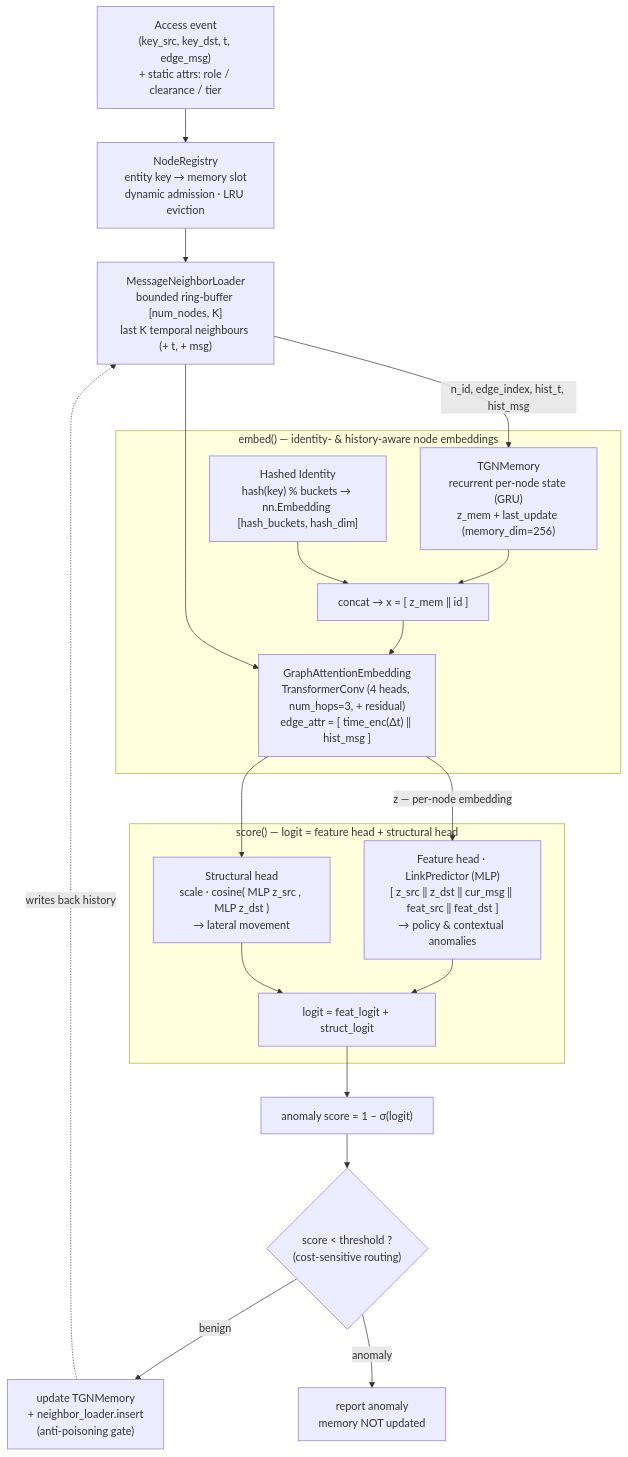
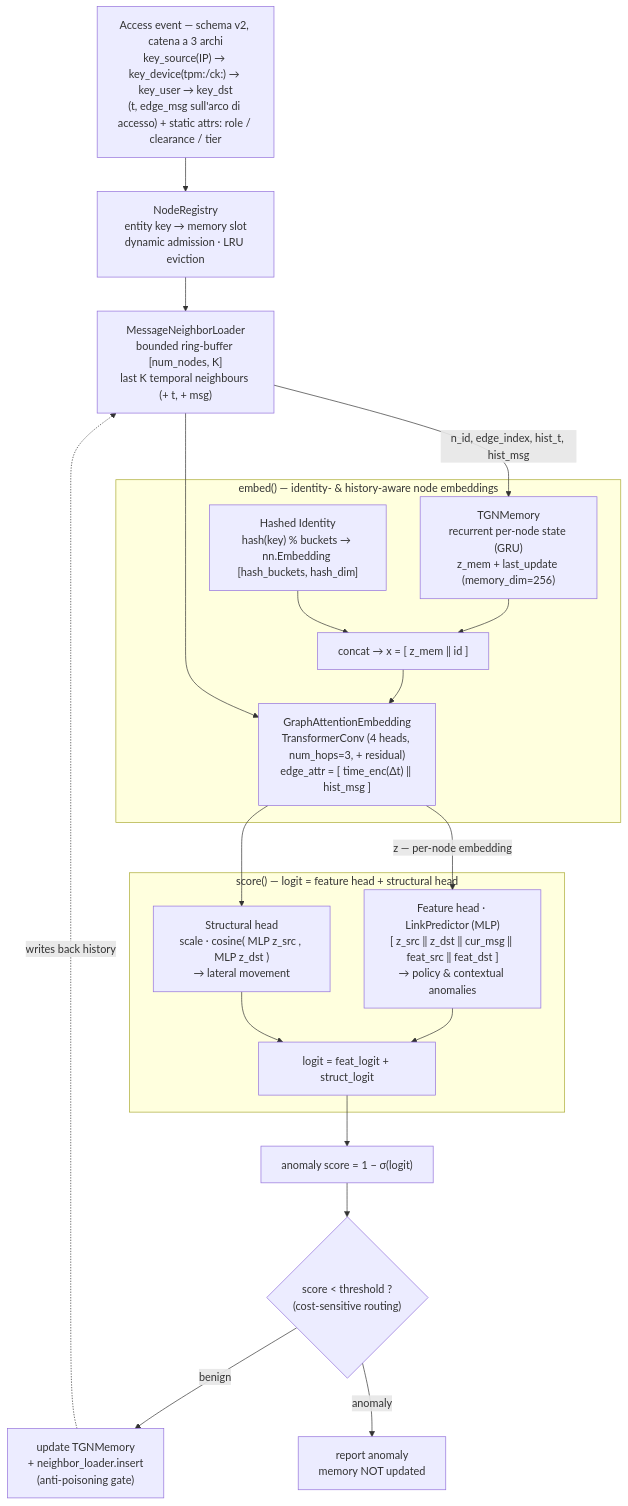
Before and after one commit to DDoS-Fury/Papergate: the diagram in README.md, drawn with Mermaid. The commit also changed other lines of this file and 18 other files, not shown here.

````diff
--- a/README.md
+++ b/README.md
@@ -55,35 +55,35 @@
 ```mermaid
 flowchart TD
-    EV["Access event<br/>(key_src, key_dst, t, edge_msg)<br/>+ static attrs: role / clearance / tier"]
+    EV["Access event — schema v2, catena a 3 archi<br/>key_source(IP) → key_device(tpm:/ck:) → key_user → key_dst<br/>(t, edge_msg sull'arco di accesso) + static attrs: role / clearance / tier"]
     REG["NodeRegistry<br/>entity key → memory slot<br/>dynamic admission · LRU eviction"]
     NL["MessageNeighborLoader<br/>bounded ring-buffer [num_nodes, K]<br/>last K temporal neighbours (+ t, + msg)"]
     EV --> REG --> NL
 
     subgraph EMB["embed() — identity- & history-aware node embeddings"]
         MEM["TGNMemory<br/>recurrent per-node state (GRU)<br/>z_mem + last_update (memory_dim=256)"]
         ID["Hashed Identity<br/>hash(key) % buckets → nn.Embedding [hash_buckets, hash_dim]"]
         CAT["concat → x = [ z_mem ‖ id ]"]
         GNN["GraphAttentionEmbedding<br/>TransformerConv (4 heads, num_hops=3, + residual)<br/>edge_attr = [ time_enc(Δt) ‖ hist_msg ]"]
         MEM --> CAT
         ID --> CAT
         CAT --> GNN
     end
     NL -->|"n_id, edge_index, hist_t, hist_msg"| MEM
     NL --> GNN
 
     subgraph SCOREG["score() — logit = feature head + structural head"]
         FEAT["Feature head · LinkPredictor (MLP)<br/>[ z_src ‖ z_dst ‖ cur_msg ‖ feat_src ‖ feat_dst ]<br/>→ policy & contextual anomalies"]
         STR["Structural head<br/>scale · cosine( MLP z_src , MLP z_dst )<br/>→ lateral movement"]
         SUM["logit = feat_logit + struct_logit"]
         FEAT --> SUM
         STR --> SUM
     end
 
     GNN -->|"z — per-node embedding"| FEAT
     GNN --> STR
     SUM --> SCO["anomaly score = 1 − σ(logit)"]
     SCO --> GATE{"score &lt; threshold ?<br/>(cost-sensitive routing)"}
     GATE -->|benign| UPD["update TGNMemory<br/>+ neighbor_loader.insert<br/>(anti-poisoning gate)"]
     GATE -->|anomaly| REP["report anomaly<br/>memory NOT updated"]
     UPD -.->|writes back history| NL
 ```
````
